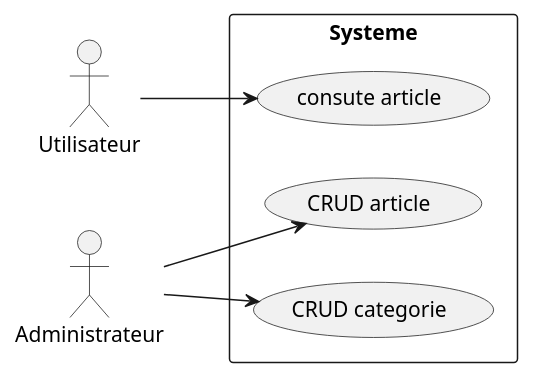
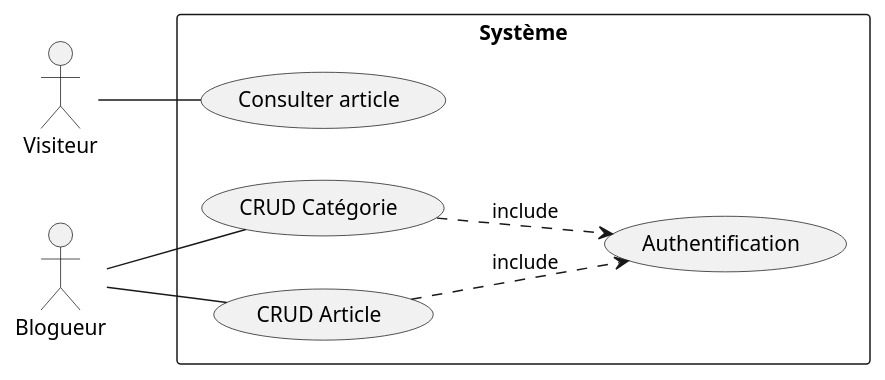
One commit to DevZakariaAz/Mastering-Eloquent-ORM changed the diagram in Conception/CasUtilisation.puml. Above: the diagram before and after it, drawn with PlantUML.

Commit message:
modifier Cas Utilisation

```diff
--- a/Conception/CasUtilisation.puml
+++ b/Conception/CasUtilisation.puml
@@ -1,14 +1,18 @@
-@startuml
-left to right direction
+    @startuml
+    left to right direction
 
-actor Utilisateur
-actor Administrateur
-rectangle "Systeme" {
-    usecase "CRUD article" as UC_ConsulterArticles
-    usecase "CRUD categorie" as UC_Categorie
-    usecase "consute article" as UC_article
-        Administrateur --> UC_ConsulterArticles
-        Administrateur --> UC_Categorie
-        Utilisateur --> UC_article
-}
-@enduml
+    actor Visiteur
+    actor Blogueur
+
+    rectangle "Système" {
+        usecase "Consulter article" as UC_ConsulterArticles
+        usecase "CRUD Catégorie" as UC_Categorie
+        usecase "CRUD Article" as UC_Article  
+        usecase "Authentification" as Auth
+    }
+    Blogueur -- UC_Article
+    Blogueur -- UC_Categorie
+    Visiteur -- UC_ConsulterArticles
+    UC_Categorie .-> Auth : "include"
+    UC_Article .-> Auth : "include"
+    @enduml
```
